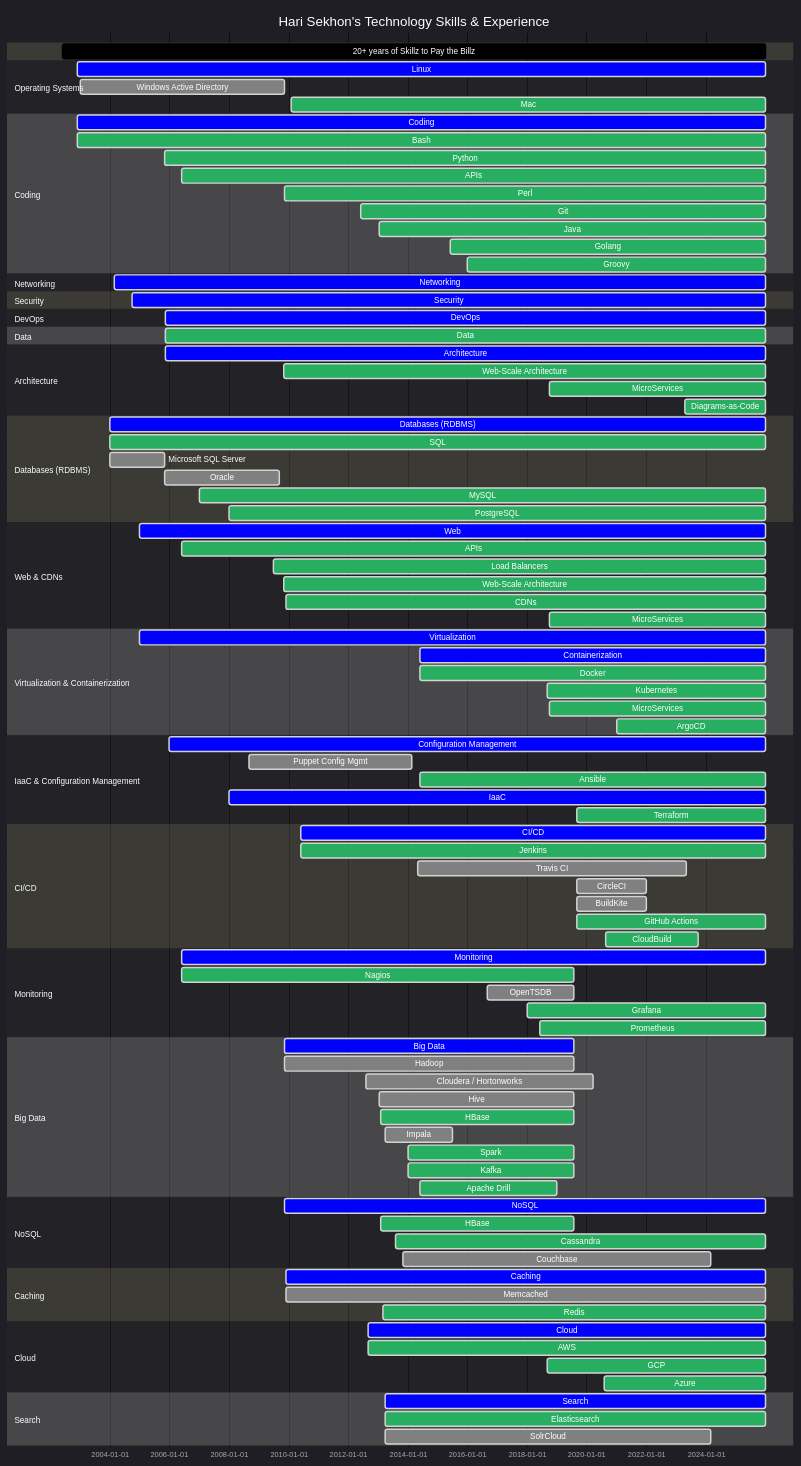
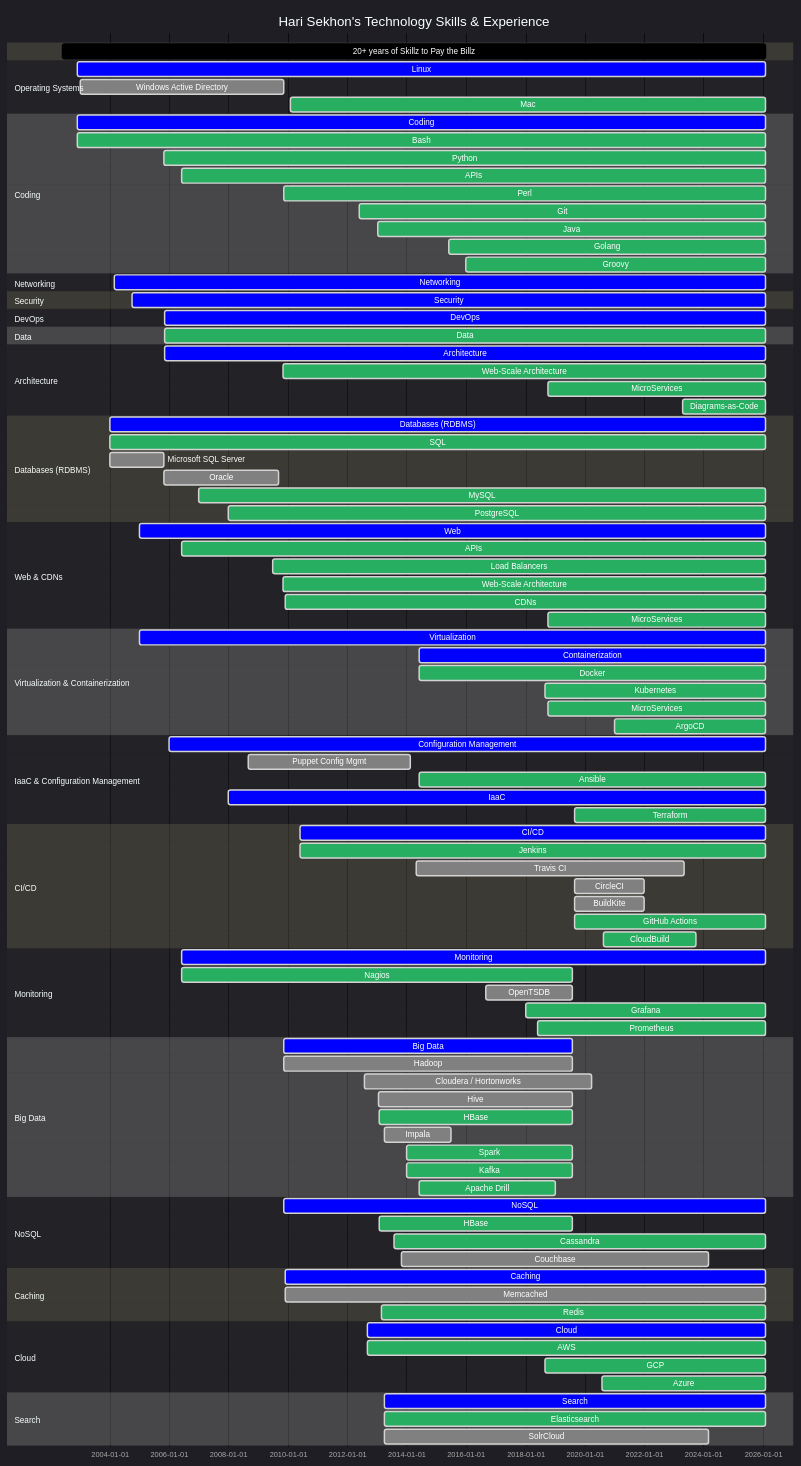
The second of 2 diagrams in README.md (HariSekhon/HariSekhon), drawn with Mermaid before and after one commit. The commit also changed other lines of this file, not shown here.

Commit message:
updated profile counters

````diff
--- a/README.md
+++ b/README.md
@@ -1373,129 +1373,129 @@
     title Hari Sekhon's Technology Skills & Experience
     dateFormat  YYYY-MM-DD
 
-    20+ years of Skillz to Pay the Billz : 2002-06-01, 2025-12-30
+    20+ years of Skillz to Pay the Billz : 2002-06-01, 2026-01-30
 
     section Operating Systems
-    Linux                    : crit, 2002-12-01, 2025-12-30
+    Linux                    : crit, 2002-12-01, 2026-01-30
     Windows Active Directory : done, 2003-01-01, 2009-11-10
-    %%Redhat Linux             : active, 2002-12-01, 2025-12-30
-    %%Debian Linux             : active, 2003-01-01, 2025-12-30
+    %%Redhat Linux             : active, 2002-12-01, 2026-01-30
+    %%Debian Linux             : active, 2003-01-01, 2026-01-30
     %%Gentoo Linux             : done, 2004-06-01, 2009-11-10
-    %%Ubuntu Linux             : active, 2006-06-01, 2025-12-30
-    %%Alpine Linux             : done, 2016-01-01, 2025-12-30
-    Mac                      : active, 2010-02-01, 2025-12-30
+    %%Ubuntu Linux             : active, 2006-06-01, 2026-01-30
+    %%Alpine Linux             : done, 2016-01-01, 2026-01-30
+    Mac                      : active, 2010-02-01, 2026-01-30
 
     section Coding
-    Coding                 : crit, 2002-12-01, 2025-12-30
-    Bash                   : active, 2002-12-01, 2025-12-30
-    Python                 : active, 2005-11-01, 2025-12-30
-    APIs                   : active, 2006-06-01, 2025-12-30
+    Coding                 : crit, 2002-12-01, 2026-01-30
+    Bash                   : active, 2002-12-01, 2026-01-30
+    Python                 : active, 2005-11-01, 2026-01-30
+    APIs                   : active, 2006-06-01, 2026-01-30
     %%VBScript               : done, 2005-05-01, 2009-11-01
-    Perl                   : active, 2009-11-13, 2025-12-30
-    Git                    : active, 2012-06-01, 2025-12-30
+    Perl                   : active, 2009-11-13, 2026-01-30
+    Git                    : active, 2012-06-01, 2026-01-30
     %%Ruby                   : done, 2009-11-13, 2013-01-31
-    Java                   : active, 2013-01-13, 2025-12-30
+    Java                   : active, 2013-01-13, 2026-01-30
     %%Jython                 : done, 2013-01-13, 2015-12-31
     %%JRuby                  : done, 2013-03-01, 2013-08-31
     %%Scala                  : done, 2014-01-01, 2015-12-31
-    Golang                 : active, 2015-06-01, 2025-12-30
-    Groovy                 : active, 2016-01-01, 2025-12-30
+    Golang                 : active, 2015-06-01, 2026-01-30
+    Groovy                 : active, 2016-01-01, 2026-01-30
 
     %%section Build Systems
-    %%Make                   : active, 2006-06-01, 2025-12-30
-    %%Maven                  : active, 2013-02-01, 2025-12-30
-    %%SBT                    : active, 2014-01-01, 2025-12-30
-    %%Gradle                 : active, 2014-06-01, 2025-12-30
+    %%Make                   : active, 2006-06-01, 2026-01-30
+    %%Maven                  : active, 2013-02-01, 2026-01-30
+    %%SBT                    : active, 2014-01-01, 2026-01-30
+    %%Gradle                 : active, 2014-06-01, 2026-01-30
 
     %%section Version Control Systems
     %%Subversion             : done, 2005-11-13, 2012-06-01
     %%Mercurial              : done, 2011-06-01, 2013-06-01
-    %%Git                    : active, 2012-06-01, 2025-12-30
-    %%GitHub                 : active, 2012-12-31, 2025-12-30
+    %%Git                    : active, 2012-06-01, 2026-01-30
+    %%GitHub                 : active, 2012-12-31, 2026-01-30
 
     section Networking
-    Networking             : crit, 2004-03-01, 2025-12-30
-    %%VPNs                   : active, 2006-06-01, 2025-12-30
-    %%Cisco - IOS / NX-OS    : done, 2004-03-01, 2025-12-30
+    Networking             : crit, 2004-03-01, 2026-01-30
+    %%VPNs                   : active, 2006-06-01, 2026-01-30
+    %%Cisco - IOS / NX-OS    : done, 2004-03-01, 2026-01-30
     %%Juniper - Netscreen / SSG / SRX / ScreenOS / JunOS : done, 2007-01-01, 2013-01-18
     %%Netgear                : done, 2005-01-01, 2012-12-31
 
     section Load Balancers
 
     section Security
-    Security               : crit, 2004-10-01, 2025-12-30
-    %%Kerberos               : active, 2006-06-01, 2025-12-30
-    %%LDAP                   : active, 2006-06-01, 2025-12-30
+    Security               : crit, 2004-10-01, 2026-01-30
+    %%Kerberos               : active, 2006-06-01, 2026-01-30
+    %%LDAP                   : active, 2006-06-01, 2026-01-30
 
     section DevOps
-    DevOps                   : crit, 2005-11-11, 2025-12-30
+    DevOps                   : crit, 2005-11-11, 2026-01-30
 
     section Data
-    Data                   : active, 2005-11-11, 2025-12-30
-    %%Data Validation        : done, 2006-06-01, 2025-12-30
-    %%Data Science           : done, 2013-01-18, 2025-12-30
+    Data                   : active, 2005-11-11, 2026-01-30
+    %%Data Validation        : done, 2006-06-01, 2026-01-30
+    %%Data Science           : done, 2013-01-18, 2026-01-30
 
     section Architecture
-    Architecture            : crit,   2005-11-11, 2025-12-30
-    Web-Scale Architecture  : active, 2009-11-01, 2025-12-30
-    MicroServices           : active, 2018-10-01, 2025-12-30
-    Diagrams-as-Code        : active, 2023-04-14, 2025-12-30
+    Architecture            : crit,   2005-11-11, 2026-01-30
+    Web-Scale Architecture  : active, 2009-11-01, 2026-01-30
+    MicroServices           : active, 2018-10-01, 2026-01-30
+    Diagrams-as-Code        : active, 2023-04-14, 2026-01-30
 
     section Databases (RDBMS)
-    Databases (RDBMS)      : crit, 2004-01-01, 2025-12-30
-    SQL                    : active, 2004-01-01, 2025-12-30
+    Databases (RDBMS)      : crit, 2004-01-01, 2026-01-30
+    SQL                    : active, 2004-01-01, 2026-01-30
     Microsoft SQL Server   : done, 2004-01-01, 2005-10-31
     Oracle                 : done, 2005-11-01, 2009-09-10
-    MySQL                  : active, 2007-01-01, 2025-12-30
-    PostgreSQL             : active, 2008-01-01, 2025-12-30
+    MySQL                  : active, 2007-01-01, 2026-01-30
+    PostgreSQL             : active, 2008-01-01, 2026-01-30
 
     section Web & CDNs
-    Web                    : crit, 2005-01-01, 2025-12-30
-    APIs                   : active, 2006-06-01, 2025-12-30
+    Web                    : crit, 2005-01-01, 2026-01-30
+    APIs                   : active, 2006-06-01, 2026-01-30
 
-    Load Balancers         : active, 2009-07-01, 2025-12-30
+    Load Balancers         : active, 2009-07-01, 2026-01-30
     %%LVS                    : done, 2009-01-01, 2009-11-11
     %%Foundry - ServerIron XL / 4G : done, 2009-10-13, 2011-11-31
     %%F5 BigIP               : done, 2010-06-01, 2013-01-18
-    %%HAProxy                : active, 2018-04-01, 2025-12-30
-    %%Kong                   : active, 2023-03-01, 2025-12-30
-    %%Traefik                : active, 2023-03-01, 2025-12-30
+    %%HAProxy                : active, 2018-04-01, 2026-01-30
+    %%Kong                   : active, 2023-03-01, 2026-01-30
+    %%Traefik                : active, 2023-03-01, 2026-01-30
 
-    Web-Scale Architecture : active, 2009-11-01, 2025-12-30
-    CDNs                   : active, 2009-12-01, 2025-12-30
+    Web-Scale Architecture : active, 2009-11-01, 2026-01-30
+    CDNs                   : active, 2009-12-01, 2026-01-30
     %%UlraDNS                : done, 2009-11-01, 2012-06-31
     %%Cotendo                : done, 2012-06-01, 2013-01-13
-    %%Cloudflare             : active, 2020-08-20, 2025-12-30
-    MicroServices            : active, 2018-10-01, 2025-12-30
+    %%Cloudflare             : active, 2020-08-20, 2026-01-30
+    MicroServices            : active, 2018-10-01, 2026-01-30
 
     section Virtualization & Containerization
-    Virtualization         : crit, 2005-01-01, 2025-12-30
+    Virtualization         : crit, 2005-01-01, 2026-01-30
     %%VMware ESX, ESXi, VirtualBox : done, 2005-01-01, 2017-02-16
     %%Vagrant                : active, 2013-01-01, 2023-12-31
-    Containerization       : crit, 2014-06-01, 2025-12-30
-    Docker                 : active, 2014-06-01, 2025-12-30
-    Kubernetes             : active, 2018-09-01, 2025-12-30
-    MicroServices          : active, 2018-10-01, 2025-12-30
-    ArgoCD                 : active, 2021-01-01, 2025-12-30
+    Containerization       : crit, 2014-06-01, 2026-01-30
+    Docker                 : active, 2014-06-01, 2026-01-30
+    Kubernetes             : active, 2018-09-01, 2026-01-30
+    MicroServices          : active, 2018-10-01, 2026-01-30
+    ArgoCD                 : active, 2021-01-01, 2026-01-30
 
     section IaaC & Configuration Management
-    Configuration Management :crit, 2006-01-01, 2025-12-30
+    Configuration Management :crit, 2006-01-01, 2026-01-30
     Puppet Config Mgmt     : done, 2008-09-01, 2014-02-18
-    Ansible                : active, 2014-06-01, 2025-12-30
-    IaaC                   :crit, 2008-01-01, 2025-12-30
-    Terraform              :active, 2019-09-01, 2025-12-30
+    Ansible                : active, 2014-06-01, 2026-01-30
+    IaaC                   :crit, 2008-01-01, 2026-01-30
+    Terraform              :active, 2019-09-01, 2026-01-30
     %%Terraform Cloud        : active, 2021-09-01, 2022-09-31
-    %%Kickstart              : active, 2008-01-01, 2025-12-30
-    %%Preseed                : active, 2009-01-01, 2025-12-30
-    %%AutoInstall            : active, 2023-01-01, 2025-12-30
+    %%Kickstart              : active, 2008-01-01, 2026-01-30
+    %%Preseed                : active, 2009-01-01, 2026-01-30
+    %%AutoInstall            : active, 2023-01-01, 2026-01-30
 
     section CI/CD
-    CI/CD                  : crit, 2010-06-01, 2025-12-30
-    Jenkins                : active, 2010-06-01, 2025-12-30
+    CI/CD                  : crit, 2010-06-01, 2026-01-30
+    Jenkins                : active, 2010-06-01, 2026-01-30
     Travis CI              : done, 2014-05-01, 2023-05-08
     CircleCI               : done, 2019-09-01, 2021-12-31
     BuildKite              : done, 2019-09-01, 2021-12-31
-    GitHub Actions         : active, 2019-09-01, 2025-12-30
+    GitHub Actions         : active, 2019-09-01, 2026-01-30
     %%GitLab                 : active, 2019-09-01, 2022-12-31
     %%Azure DevOps           : done, 2019-09-01, 2022-12-31
     %%Bitbucket              : done, 2019-09-01, 2022-12-31
@@ -1504,11 +1504,11 @@
     CloudBuild             : active, 2020-08-20, 2023-09-30
 
     section Monitoring
-    Monitoring             : crit, 2006-06-01, 2025-12-30
+    Monitoring             : crit, 2006-06-01, 2026-01-30
     Nagios                 : active, 2006-06-01, 2019-07-31
     OpenTSDB               : done, 2016-09-01, 2019-07-31
-    Grafana                : active, 2018-01-01, 2025-12-30
-    Prometheus             : active, 2018-06-01, 2025-12-30
+    Grafana                : active, 2018-01-01, 2026-01-30
+    Prometheus             : active, 2018-06-01, 2026-01-30
     %%Pingdom                : done, 2020-08-20, 2023-09-17
     %%Datadog                : done, 2022-08-20, 2023-09-17
 
@@ -1526,28 +1526,28 @@
     Apache Drill           : active, 2014-06-01, 2018-12-31
 
     section NoSQL
-    NoSQL                  : crit, 2009-11-13, 2025-12-30
+    NoSQL                  : crit, 2009-11-13, 2026-01-30
     HBase                  : active, 2013-02-01, 2019-07-31
     %%MongoDB                : done, 2013-06-01, 2013-12-31
-    Cassandra              : active, 2013-08-01, 2025-12-30
+    Cassandra              : active, 2013-08-01, 2026-01-30
     Couchbase              : done, 2013-11-01, 2024-03-01
 
     section Caching
-    Caching                : crit, 2009-11-31, 2025-12-30
-    Memcached              : done, 2009-11-31, 2025-12-30
-    Redis                  : active, 2013-03-01, 2025-12-30
+    Caching                : crit, 2009-11-31, 2026-01-30
+    Memcached              : done, 2009-11-31, 2026-01-30
+    Redis                  : active, 2013-03-01, 2026-01-30
 
     section Cloud
-    Cloud            : crit, 2012-09-01, 2025-12-30
-    AWS              : active, 2012-09-01, 2025-12-30
-    GCP              : active, 2018-09-01, 2025-12-30
-    Azure            : active, 2020-08-01, 2025-12-30
+    Cloud            : crit, 2012-09-01, 2026-01-30
+    AWS              : active, 2012-09-01, 2026-01-30
+    GCP              : active, 2018-09-01, 2026-01-30
+    Azure            : active, 2020-08-01, 2026-01-30
 
     section Search
-    Search                 : crit, 2013-03-31, 2025-12-30
-    Elasticsearch          : active, 2013-03-31, 2025-12-30
-    %%LogStash               : done, 2013-03-31, 2025-12-30
-    %%Fluentd                : crit, 2018-03-31, 2025-12-30
-    %%Kibana                 : crit, 2013-03-31, 2025-12-30
+    Search                 : crit, 2013-03-31, 2026-01-30
+    Elasticsearch          : active, 2013-03-31, 2026-01-30
+    %%LogStash               : done, 2013-03-31, 2026-01-30
+    %%Fluentd                : crit, 2018-03-31, 2026-01-30
+    %%Kibana                 : crit, 2013-03-31, 2026-01-30
     SolrCloud              : done, 2013-04-01, 2024-03-01
 ```
````
